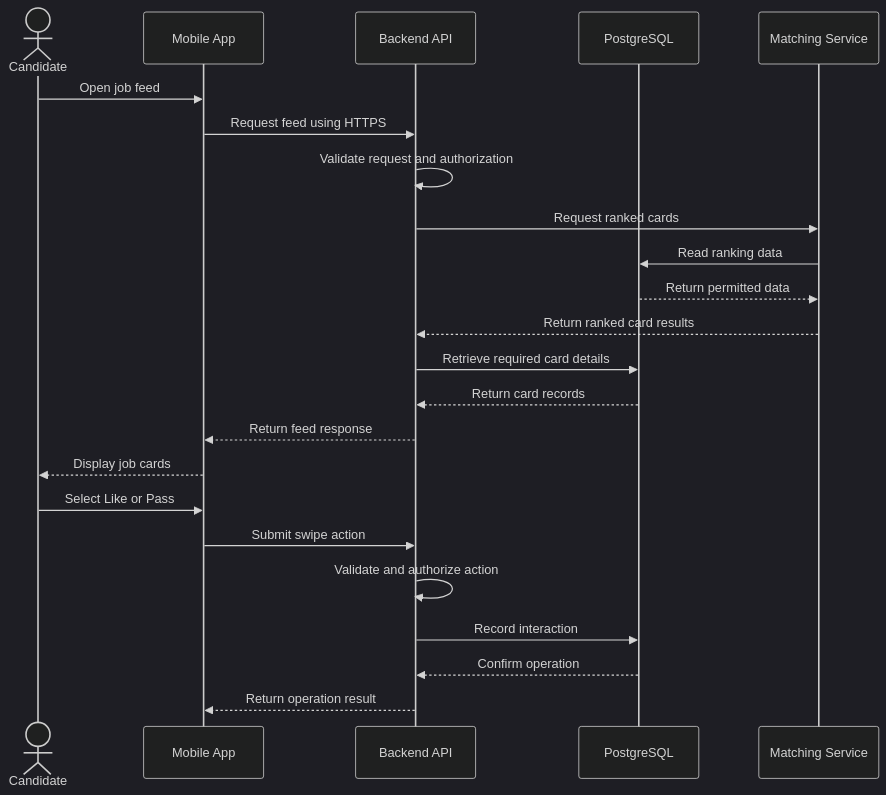
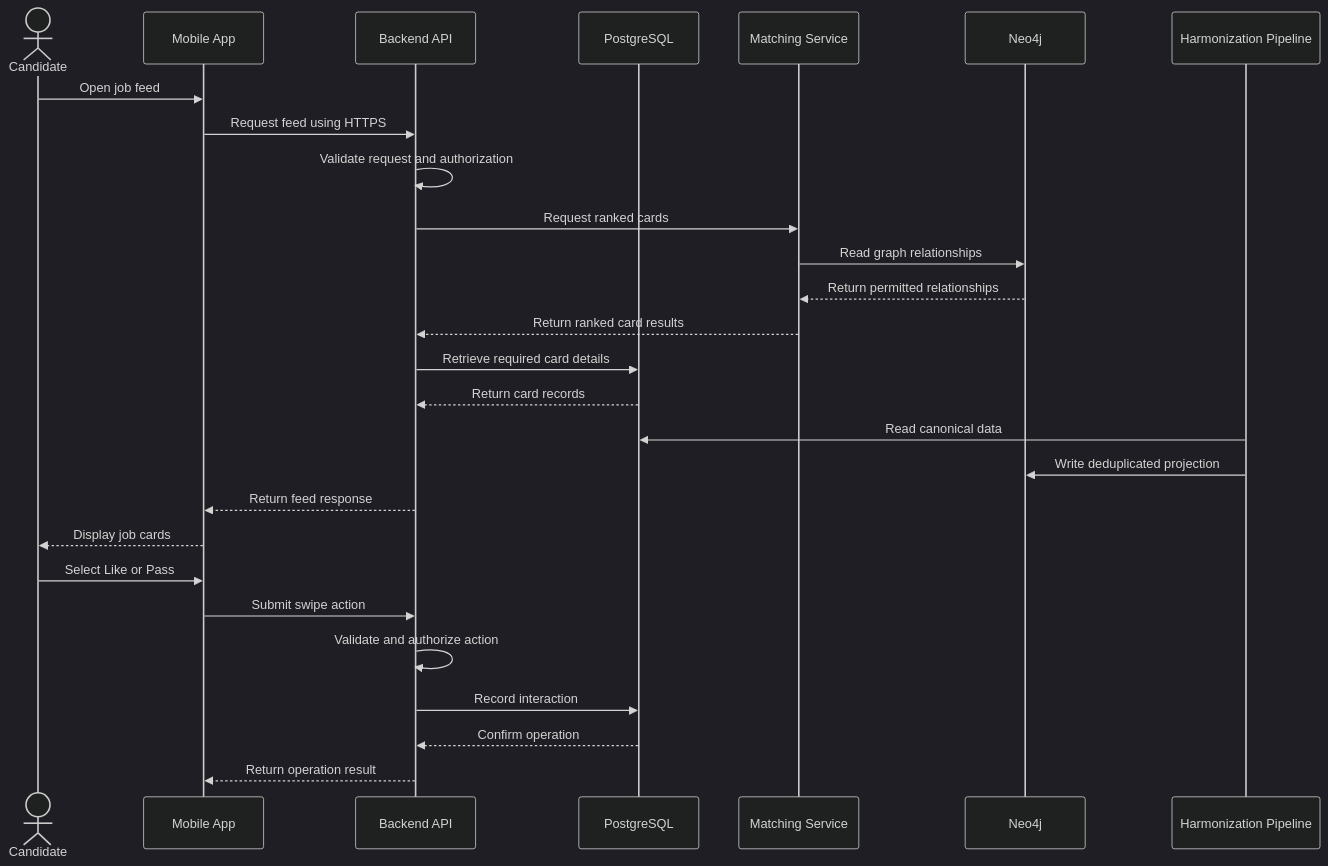
One commit to bhsei/26A changed the third of 4 diagrams in docs/design/Architecture_Design.md. Above: the diagram before and after it, drawn with Mermaid (dark theme). The commit also changed other lines of this file, not shown here.

Commit message:
W4 - Architecture alignment; define PostgreSQL, Neo4j and matching boundaries

````diff
--- a/docs/design/Architecture_Design.md
+++ b/docs/design/Architecture_Design.md
@@ -324,27 +356,31 @@
 ```mermaid
 sequenceDiagram
     actor Candidate
     participant App as Mobile App
     participant API as Backend API
     participant DB as PostgreSQL
     participant Match as Matching Service
+    participant Graph as Neo4j
+    participant Pipeline as Harmonization Pipeline
 
     Candidate->>App: Open job feed
     App->>API: Request feed using HTTPS
     API->>API: Validate request and authorization
     API->>Match: Request ranked cards
-    Match->>DB: Read ranking data
-    DB-->>Match: Return permitted data
+    Match->>Graph: Read graph relationships
+    Graph-->>Match: Return permitted relationships
     Match-->>API: Return ranked card results
     API->>DB: Retrieve required card details
     DB-->>API: Return card records
+    Pipeline->>DB: Read canonical data
+    Pipeline->>Graph: Write deduplicated projection
     API-->>App: Return feed response
     App-->>Candidate: Display job cards
 
     Candidate->>App: Select Like or Pass
     App->>API: Submit swipe action
     API->>API: Validate and authorize action
     API->>DB: Record interaction
     DB-->>API: Confirm operation
     API-->>App: Return operation result
 ```
````
